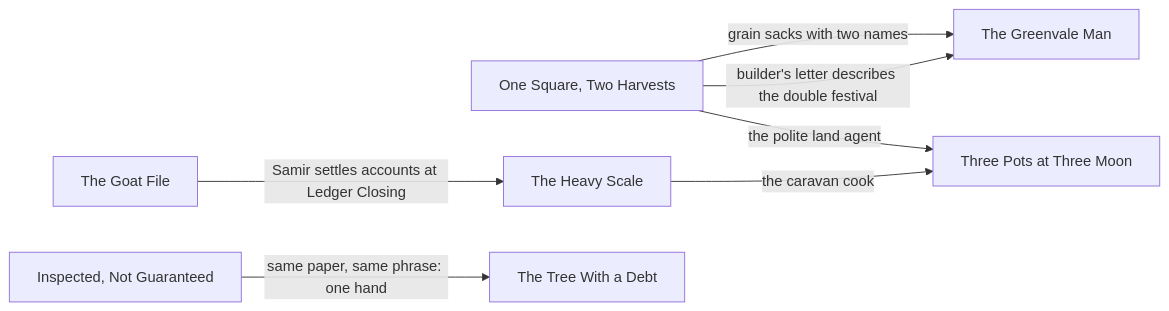
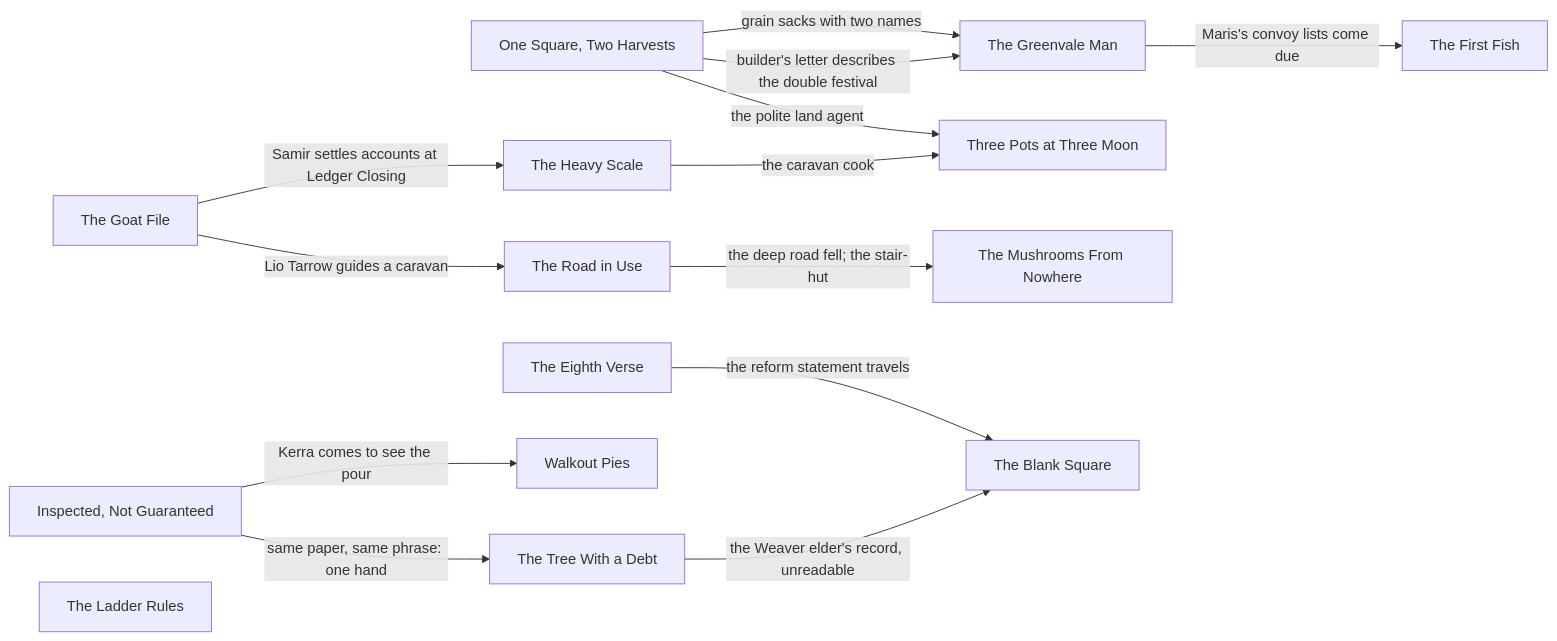
Before and after one commit to BigCatMellow/10Kings: the diagram in wiki/Sunday-Morning/Notes/Collection.md, drawn with Mermaid. The commit also changed other lines of this file and 12 other files, not shown here.

````diff
--- a/wiki/Sunday-Morning/Notes/Collection.md
+++ b/wiki/Sunday-Morning/Notes/Collection.md
@@ -37,9 +44,16 @@
 ```mermaid
 flowchart LR
   OS[One Square, Two Harvests] -->|grain sacks with two names| GM[The Greenvale Man]
   OS -->|builder's letter describes the double festival| GM
   OS -->|the polite land agent| TP[Three Pots at Three Moon]
   GF[The Goat File] -->|Samir settles accounts at Ledger Closing| HS[The Heavy Scale]
   HS -->|the caravan cook| TP
   IN[Inspected, Not Guaranteed] -->|same paper, same phrase: one hand| TD[The Tree With a Debt]
+  GM -->|Maris's convoy lists come due| FF[The First Fish]
+  GF -->|Lio Tarrow guides a caravan| RU[The Road in Use]
+  IN -->|Kerra comes to see the pour| WP[Walkout Pies]
+  RU -->|the deep road fell; the stair-hut| MN[The Mushrooms From Nowhere]
+  EV[The Eighth Verse] -->|the reform statement travels| BS[The Blank Square]
+  TD -->|the Weaver elder's record, unreadable| BS
+  LR[The Ladder Rules]
 ```
````
